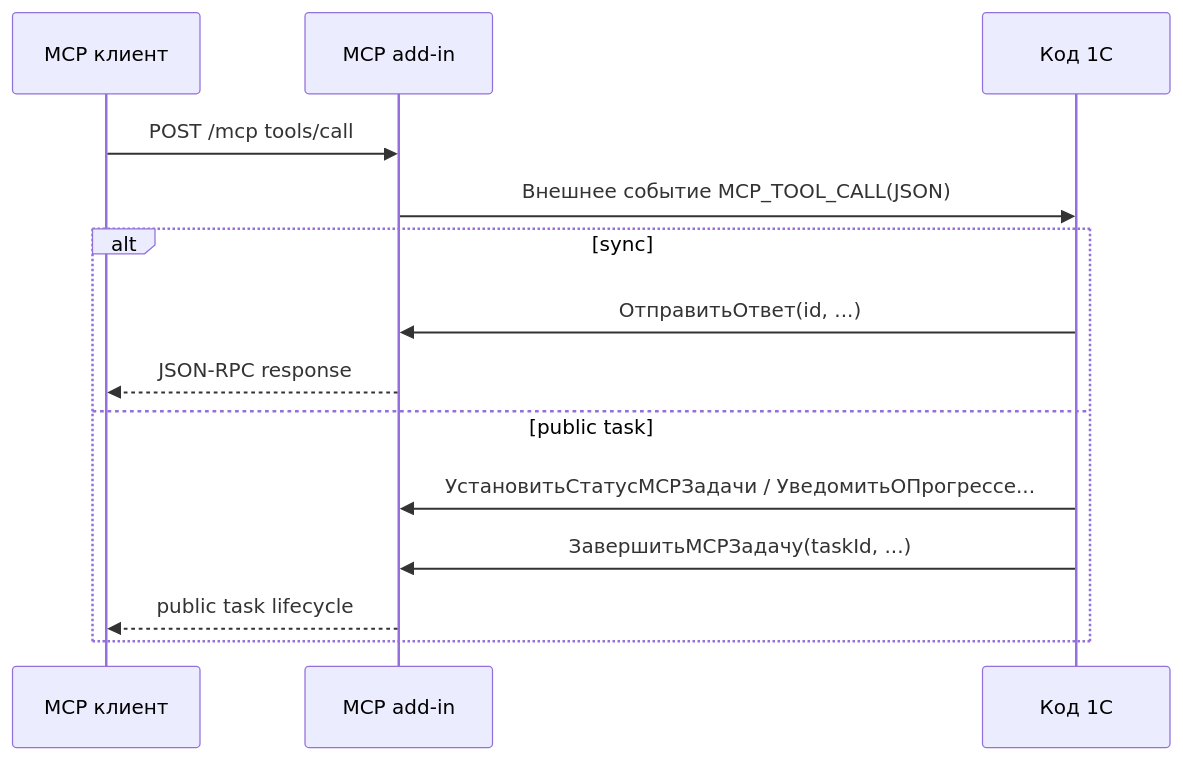
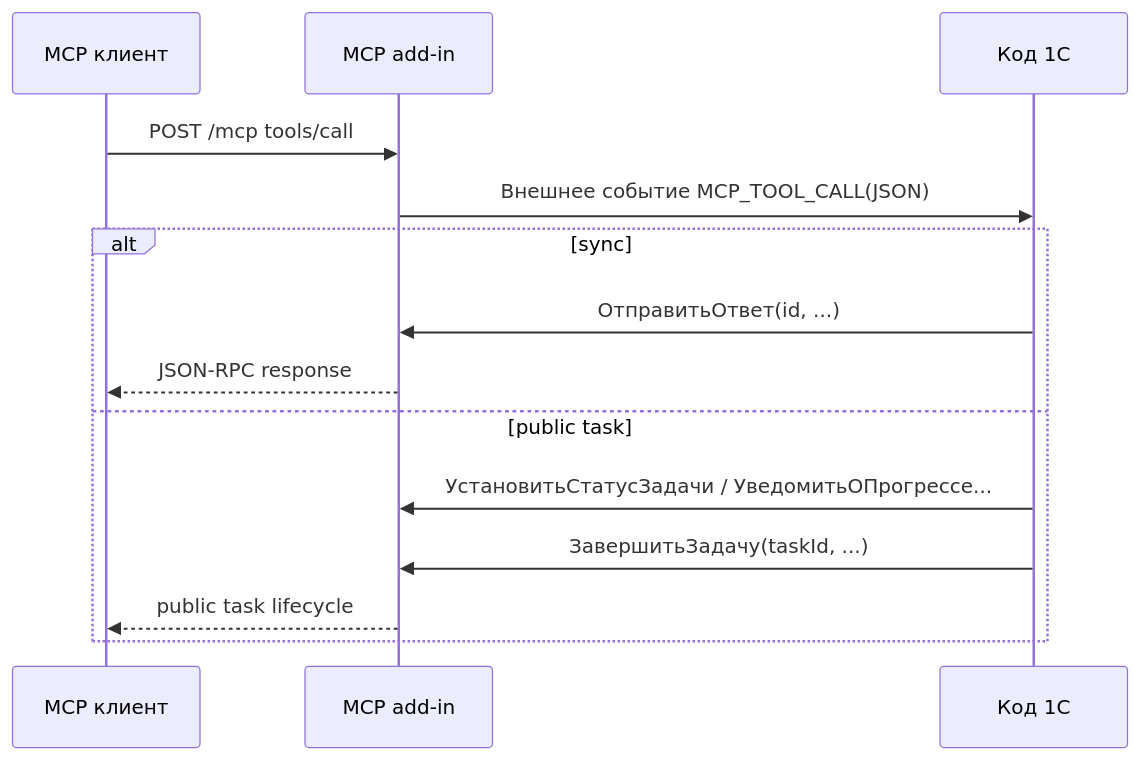
One commit to alkoleft/web-transport-addin changed the sixth of 8 diagrams in docs/architecture/arc42/architecture.md. Above: the diagram before and after it, drawn with Mermaid. The commit also changed 5 other files, not shown here.

````diff
--- a/docs/architecture/arc42/architecture.md
+++ b/docs/architecture/arc42/architecture.md
@@ -281,17 +281,17 @@
 ```mermaid
 sequenceDiagram
     participant Client as MCP клиент
     participant Mcp as MCP add-in
     participant OneC as Код 1С
 
     Client->>Mcp: POST /mcp tools/call
     Mcp->>OneC: Внешнее событие MCP_TOOL_CALL(JSON)
     alt sync
         OneC->>Mcp: ОтправитьОтвет(id, ...)
         Mcp-->>Client: JSON-RPC response
     else public task
-        OneC->>Mcp: УстановитьСтатусMCPЗадачи / УведомитьОПрогрессе...
-        OneC->>Mcp: ЗавершитьMCPЗадачу(taskId, ...)
+        OneC->>Mcp: УстановитьСтатусЗадачи / УведомитьОПрогрессе...
+        OneC->>Mcp: ЗавершитьЗадачу(taskId, ...)
         Mcp-->>Client: public task lifecycle
     end
 ```
````
